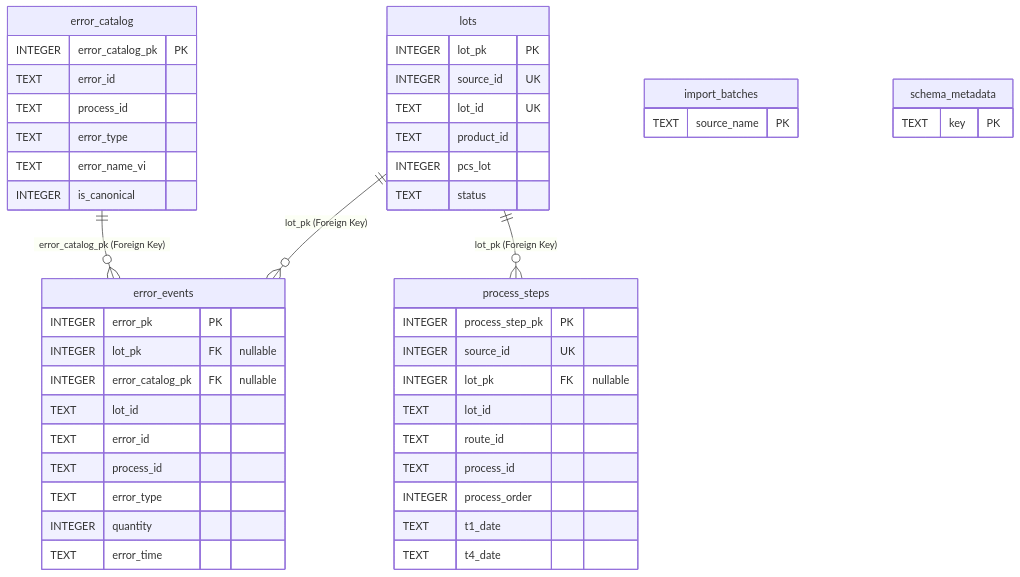
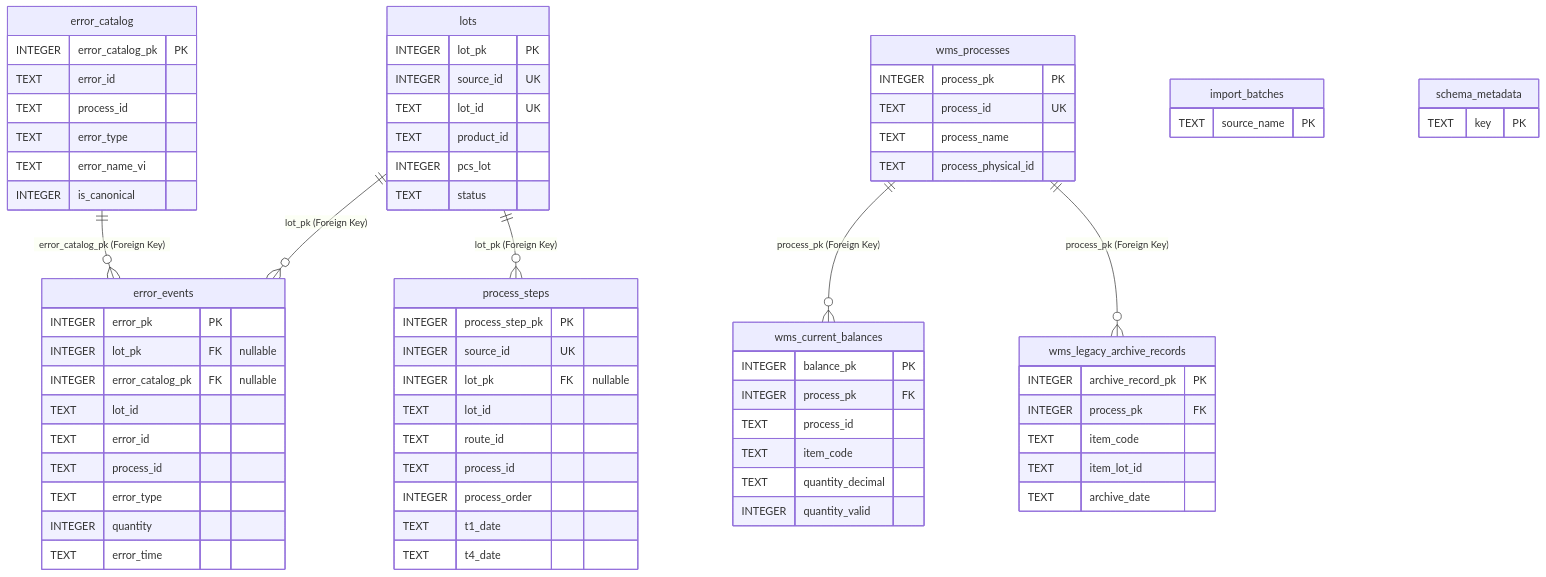
The diagram in Markdowns/DATABASE.md (JKLover0909/VLLM-PD), drawn with Mermaid before and after one commit. The commit also changed 58 other files, not shown here.

````diff
--- a/Markdowns/DATABASE.md
+++ b/Markdowns/DATABASE.md
@@ -264,51 +264,74 @@
 ```mermaid
 erDiagram
     lots ||--o{ error_events : "lot_pk (Foreign Key)"
     lots ||--o{ process_steps : "lot_pk (Foreign Key)"
     error_catalog ||--o{ error_events : "error_catalog_pk (Foreign Key)"
+    wms_processes ||--o{ wms_current_balances : "process_pk (Foreign Key)"
+    wms_processes ||--o{ wms_legacy_archive_records : "process_pk (Foreign Key)"
 
     lots {
         INTEGER lot_pk PK
         INTEGER source_id UK
         TEXT lot_id UK
         TEXT product_id
         INTEGER pcs_lot
         TEXT status
     }
     error_events {
         INTEGER error_pk PK
         INTEGER lot_pk FK "nullable"
         INTEGER error_catalog_pk FK "nullable"
         TEXT lot_id
         TEXT error_id
         TEXT process_id
         TEXT error_type
         INTEGER quantity
         TEXT error_time
     }
     error_catalog {
         INTEGER error_catalog_pk PK
         TEXT error_id
         TEXT process_id
         TEXT error_type
         TEXT error_name_vi
         INTEGER is_canonical
     }
     process_steps {
         INTEGER process_step_pk PK
         INTEGER source_id UK
         INTEGER lot_pk FK "nullable"
         TEXT lot_id
         TEXT route_id
         TEXT process_id
         INTEGER process_order
         TEXT t1_date
         TEXT t4_date
     }
+    wms_processes {
+        INTEGER process_pk PK
+        TEXT process_id UK
+        TEXT process_name
+        TEXT process_physical_id
+    }
+    wms_current_balances {
+        INTEGER balance_pk PK
+        INTEGER process_pk FK
+        TEXT process_id
+        TEXT item_code
+        TEXT quantity_decimal
+        INTEGER quantity_valid
+    }
+    wms_legacy_archive_records {
+        INTEGER archive_record_pk PK
+        INTEGER process_pk FK
+        TEXT item_code
+        TEXT item_lot_id
+        TEXT archive_date
+    }
     import_batches {
         TEXT source_name PK
     }
     schema_metadata {
         TEXT key PK
     }
 ```
````
